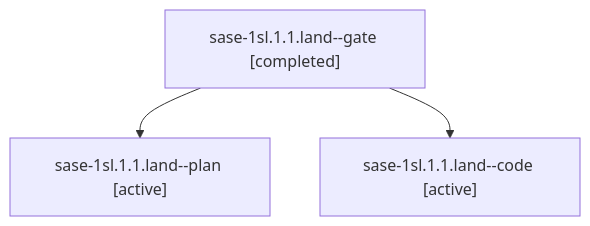
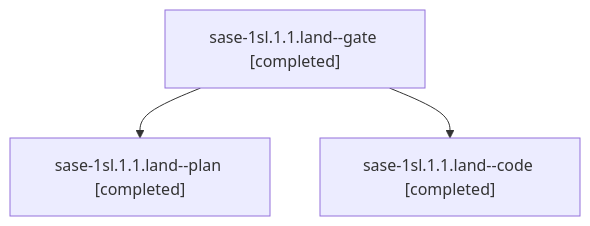
One commit to sase-org/sase--agents changed the diagram in sessions/bbugyi200.athena.sase-1sl.1.1.land.md. Above: the diagram before and after it, drawn with Mermaid. The commit also changed other lines of this file and 43 other files, not shown here.

````diff
--- a/sessions/bbugyi200.athena.sase-1sl.1.1.land.md
+++ b/sessions/bbugyi200.athena.sase-1sl.1.1.land.md
@@ -9,8 +9,8 @@
 ```mermaid
 flowchart TD
   n0["sase-1sl.1.1.land--gate [completed]"]
-  n1["sase-1sl.1.1.land--plan [active]"]
+  n1["sase-1sl.1.1.land--plan [completed]"]
   n0 --> n1
-  n2["sase-1sl.1.1.land--code [active]"]
+  n2["sase-1sl.1.1.land--code [completed]"]
   n0 --> n2
 ```
````
